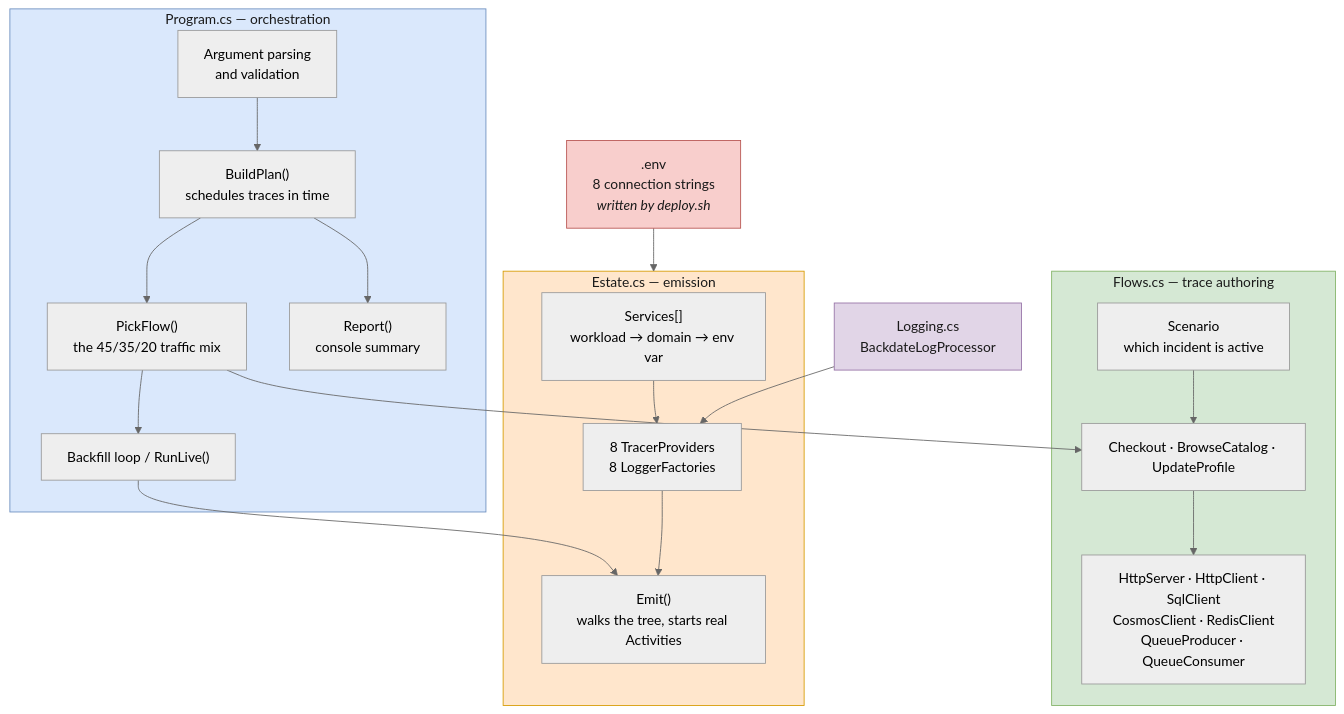
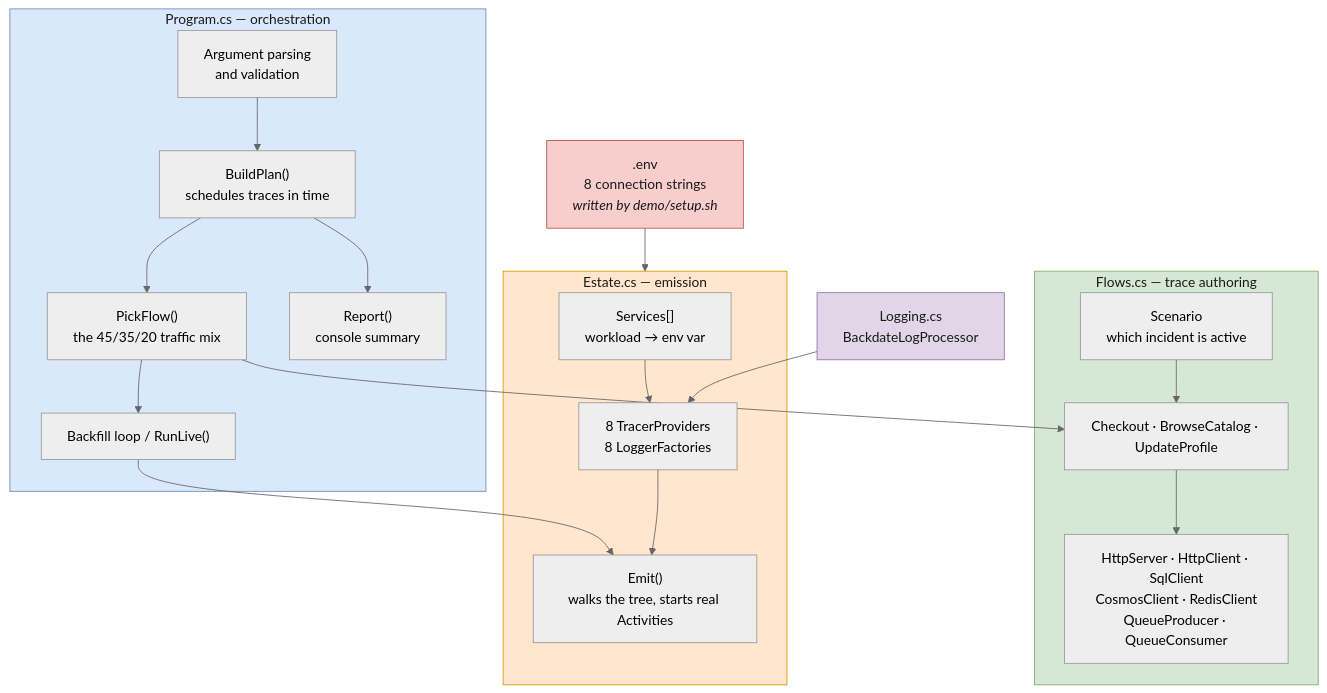
The second of 9 diagrams in demo/simulator/ARCHITECTURE.md (howardginsburg/Azure-AppInsights-and-AppCatalog-Demo), drawn with Mermaid (neutral theme) before and after one commit. The commit also changed other lines of this file and 83 other files, not shown here.

````diff
--- a/demo/simulator/ARCHITECTURE.md
+++ b/demo/simulator/ARCHITECTURE.md
@@ -78,41 +81,41 @@
 ```mermaid
 flowchart TD
-    ENV[".env<br/>8 connection strings<br/><i>written by deploy.sh</i>"]
+    ENV[".env<br/>8 connection strings<br/><i>written by demo/setup.sh</i>"]
 
     subgraph prog["Program.cs — orchestration"]
         ARGS["Argument parsing<br/>and validation"]
         PLAN["BuildPlan()<br/>schedules traces in time"]
         PICK["PickFlow()<br/>the 45/35/20 traffic mix"]
         LOOP["Backfill loop / RunLive()"]
         REPORT["Report()<br/>console summary"]
     end
 
     subgraph flows["Flows.cs — trace authoring"]
         SHAPE["Checkout · BrowseCatalog · UpdateProfile"]
         HELP["HttpServer · HttpClient · SqlClient<br/>CosmosClient · RedisClient<br/>QueueProducer · QueueConsumer"]
         SCEN["Scenario<br/>which incident is active"]
     end
 
     subgraph estate["Estate.cs — emission"]
-        SVC["Services[]<br/>workload → domain → env var"]
+        SVC["Services[]<br/>workload → env var"]
         PROV["8 TracerProviders<br/>8 LoggerFactories"]
         EMIT["Emit()<br/>walks the tree, starts real Activities"]
     end
 
     LOG["Logging.cs<br/>BackdateLogProcessor"]
 
     ENV --> estate
     ARGS --> PLAN --> PICK --> SHAPE
     SHAPE --> HELP
     SCEN --> SHAPE
     PICK --> LOOP --> EMIT
     PLAN --> REPORT
     SVC --> PROV --> EMIT
     LOG --> PROV
 
     style ENV fill:#f8cecc,stroke:#b85450,color:#1a1a1a
     style prog fill:#dae8fc,stroke:#6c8ebf,color:#1a1a1a
     style flows fill:#d5e8d4,stroke:#82b366,color:#1a1a1a
     style estate fill:#ffe6cc,stroke:#d79b00,color:#1a1a1a
     style LOG fill:#e1d5e7,stroke:#9673a6,color:#1a1a1a
 ```
````
